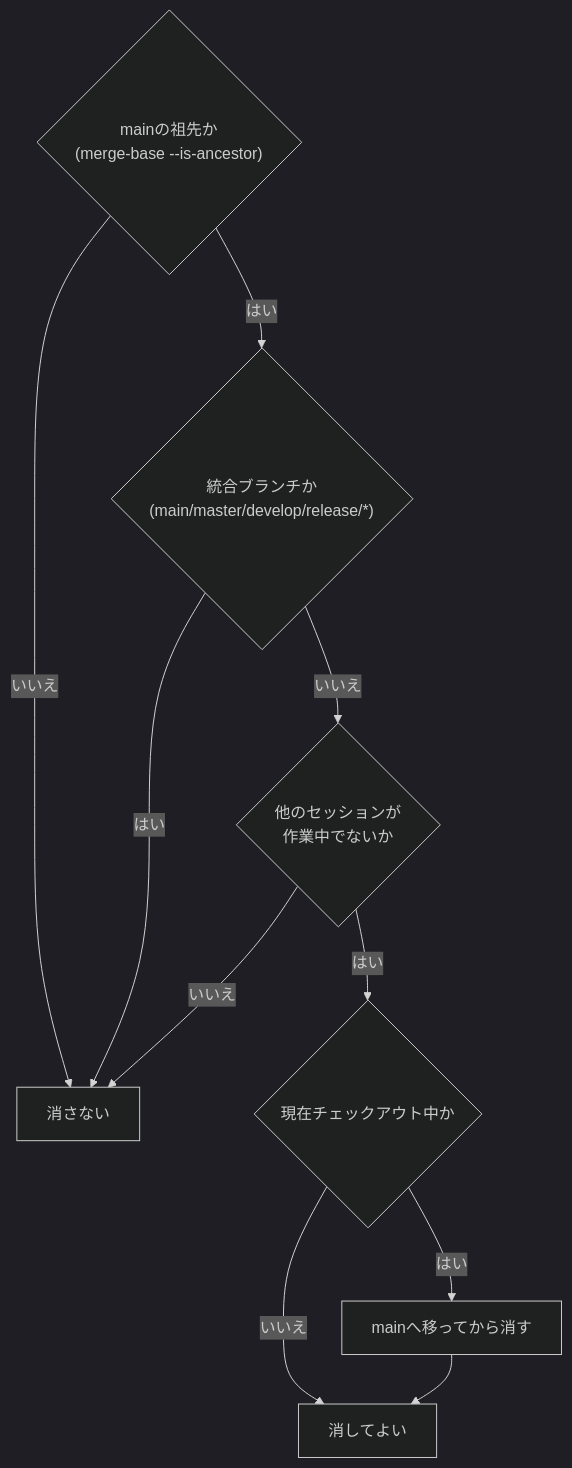
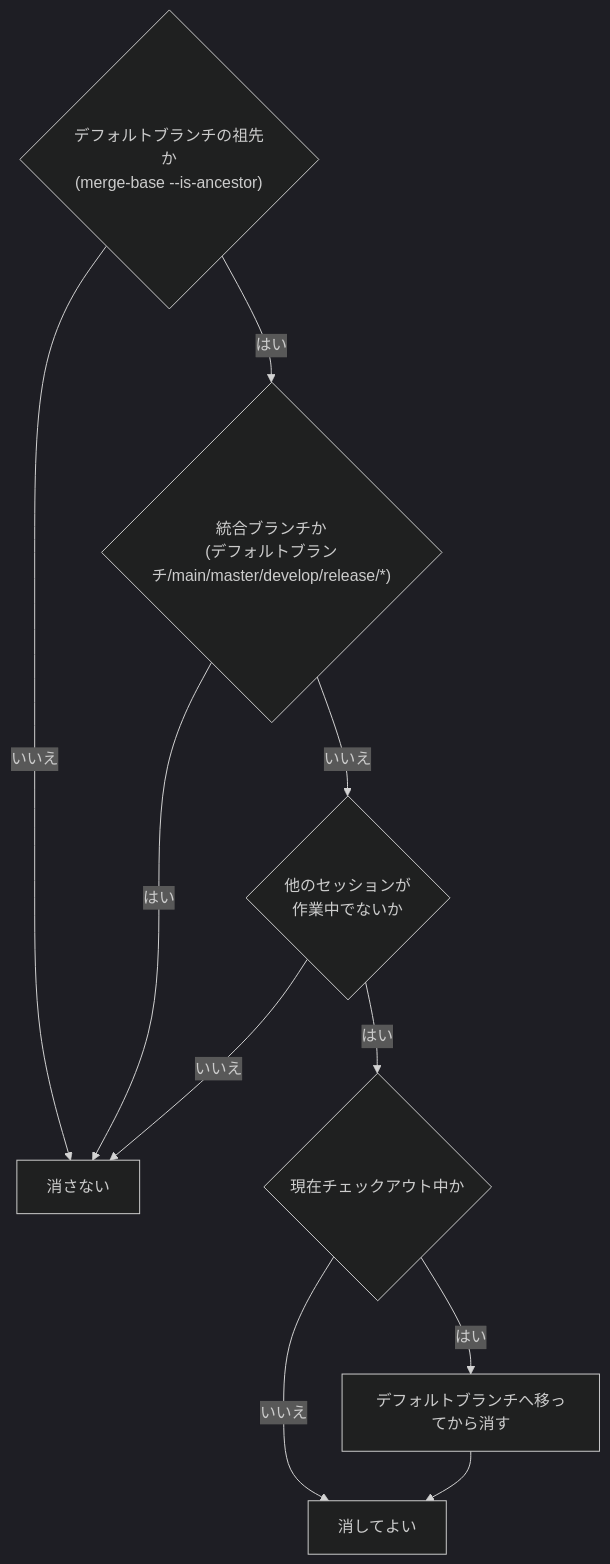
One commit to Sylphy0052/VSCode-Codex-Extension changed the second of 2 diagrams in resources/skills-plugin/skills/gitlab-cleanup/SKILL.md. Above: the diagram before and after it, drawn with Mermaid (dark theme). The commit also changed other lines of this file and 16 other files, not shown here.

````diff
--- a/resources/skills-plugin/skills/gitlab-cleanup/SKILL.md
+++ b/resources/skills-plugin/skills/gitlab-cleanup/SKILL.md
@@ -68,12 +76,12 @@
 ```mermaid
 flowchart TD
-    A{"mainの祖先か<br/>(merge-base --is-ancestor)"} -->|いいえ| NG["消さない"]
-    A -->|はい| B{"統合ブランチか<br/>(main/master/develop/release/*)"}
+    A{"デフォルトブランチの祖先か<br/>(merge-base --is-ancestor)"} -->|いいえ| NG["消さない"]
+    A -->|はい| B{"統合ブランチか<br/>(デフォルトブランチ/main/master/develop/release/*)"}
     B -->|はい| NG
     B -->|いいえ| D{"他のセッションが<br/>作業中でないか"}
     D -->|いいえ| NG
     D -->|はい| C{"現在チェックアウト中か"}
-    C -->|はい| MV["mainへ移ってから消す"]
+    C -->|はい| MV["デフォルトブランチへ移ってから消す"]
     C -->|いいえ| OK["消してよい"]
     MV --> OK
 ```
````
